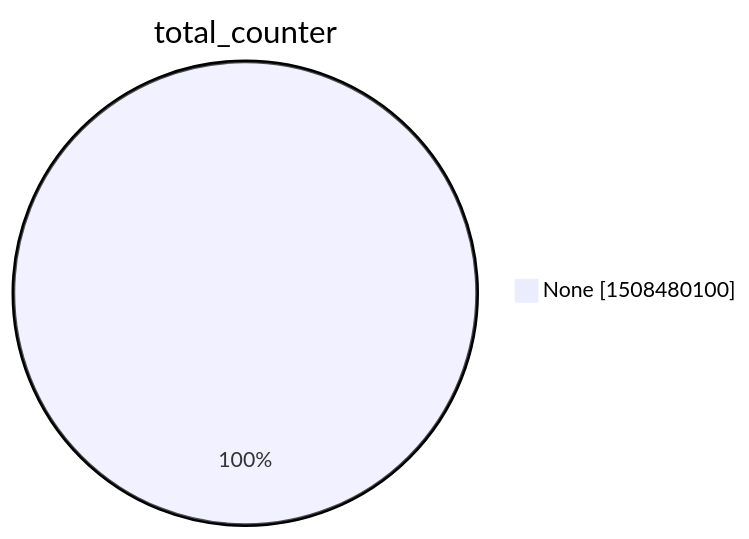
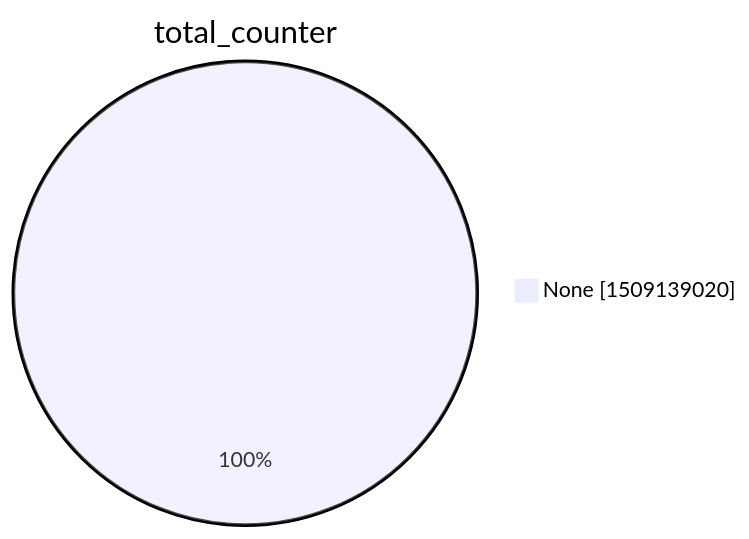
Before and after one commit to christiankrug/ctmonitor_visualization: the second of 15 diagrams in argon2022/README.md, drawn with Mermaid. The commit also changed other lines of this file, not shown here.

````diff
--- a/argon2022/README.md
+++ b/argon2022/README.md
@@ -9,5 +9,5 @@
 ```mermaid
 pie showData
 title total_counter
-"None" :1508480100
+"None" :1509139020
 ```
````
